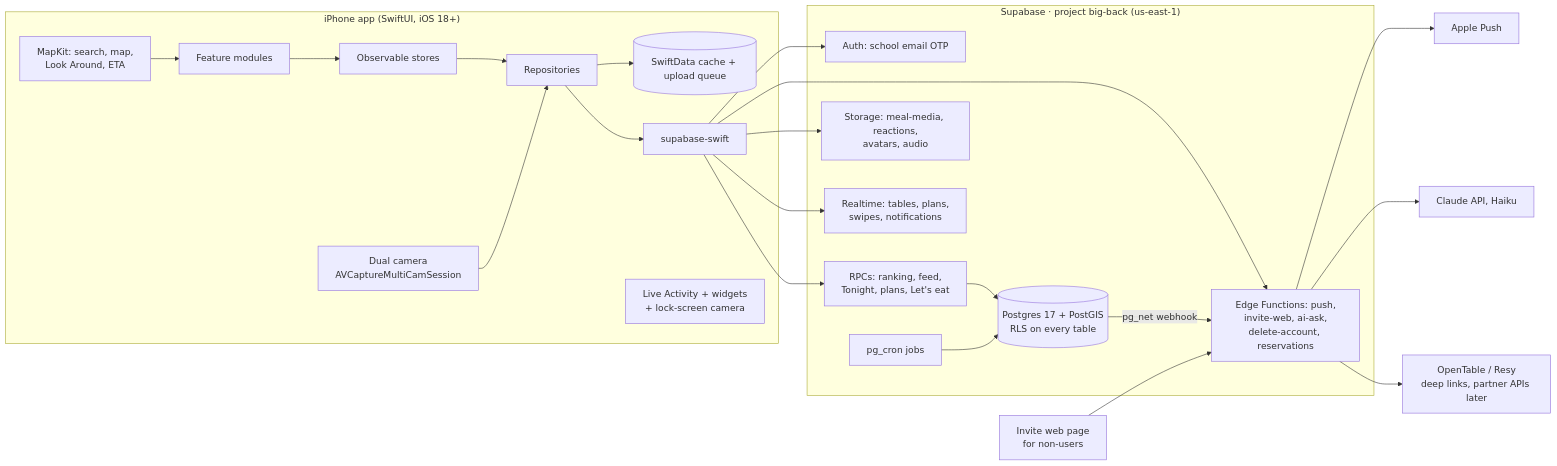
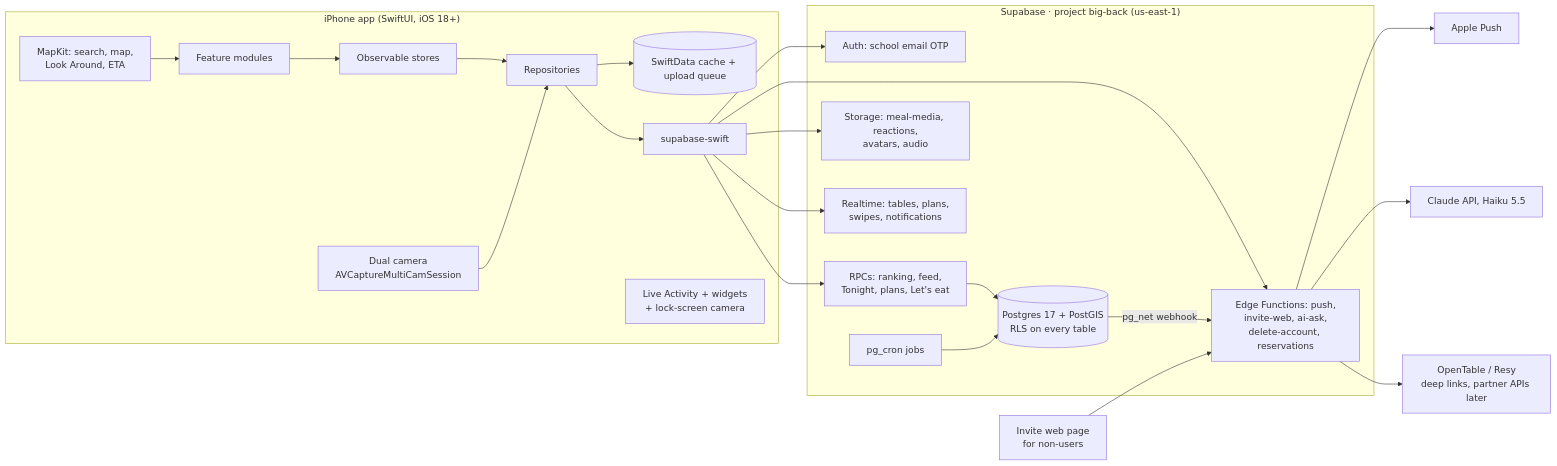
Before and after one commit to shvhmeer786/BigBack: the diagram in docs/architecture/01-technical-architecture.md, drawn with Mermaid. The commit also changed other lines of this file and 27 other files, not shown here.

````diff
--- a/docs/architecture/01-technical-architecture.md
+++ b/docs/architecture/01-technical-architecture.md
@@ -15,31 +15,31 @@
 ```mermaid
 flowchart LR
   subgraph Phone["iPhone app (SwiftUI, iOS 18+)"]
     UI[Feature modules] --> Stores[Observable stores]
     Stores --> Repos[Repositories]
     Repos --> Cache[(SwiftData cache + upload queue)]
     Repos --> SB[supabase-swift]
     Cam[Dual camera<br/>AVCaptureMultiCamSession] --> Repos
     MK[MapKit: search, map,<br/>Look Around, ETA] --> UI
     LA[Live Activity + widgets<br/>+ lock-screen camera]
   end
 
   subgraph Supabase["Supabase · project big-back (us-east-1)"]
     Auth[Auth: school email OTP]
     PG[(Postgres 17 + PostGIS<br/>RLS on every table)]
     RPC[RPCs: ranking, feed,<br/>Tonight, plans, Let's eat]
     ST[Storage: meal-media, reactions,<br/>avatars, audio]
     RT[Realtime: tables, plans,<br/>swipes, notifications]
     EF[Edge Functions: push,<br/>invite-web, ai-ask,<br/>delete-account, reservations]
     CRON[pg_cron jobs]
   end
 
   SB --> Auth & RPC & ST & RT & EF
   RPC --> PG
   CRON --> PG
   PG -- pg_net webhook --> EF
   EF --> APNs[Apple Push]
-  EF --> Claude[Claude API, Haiku]
+  EF --> Claude[Claude API, Haiku 5.5]
   EF --> OT[OpenTable / Resy<br/>deep links, partner APIs later]
   Web[Invite web page<br/>for non-users] --> EF
 ```
````
